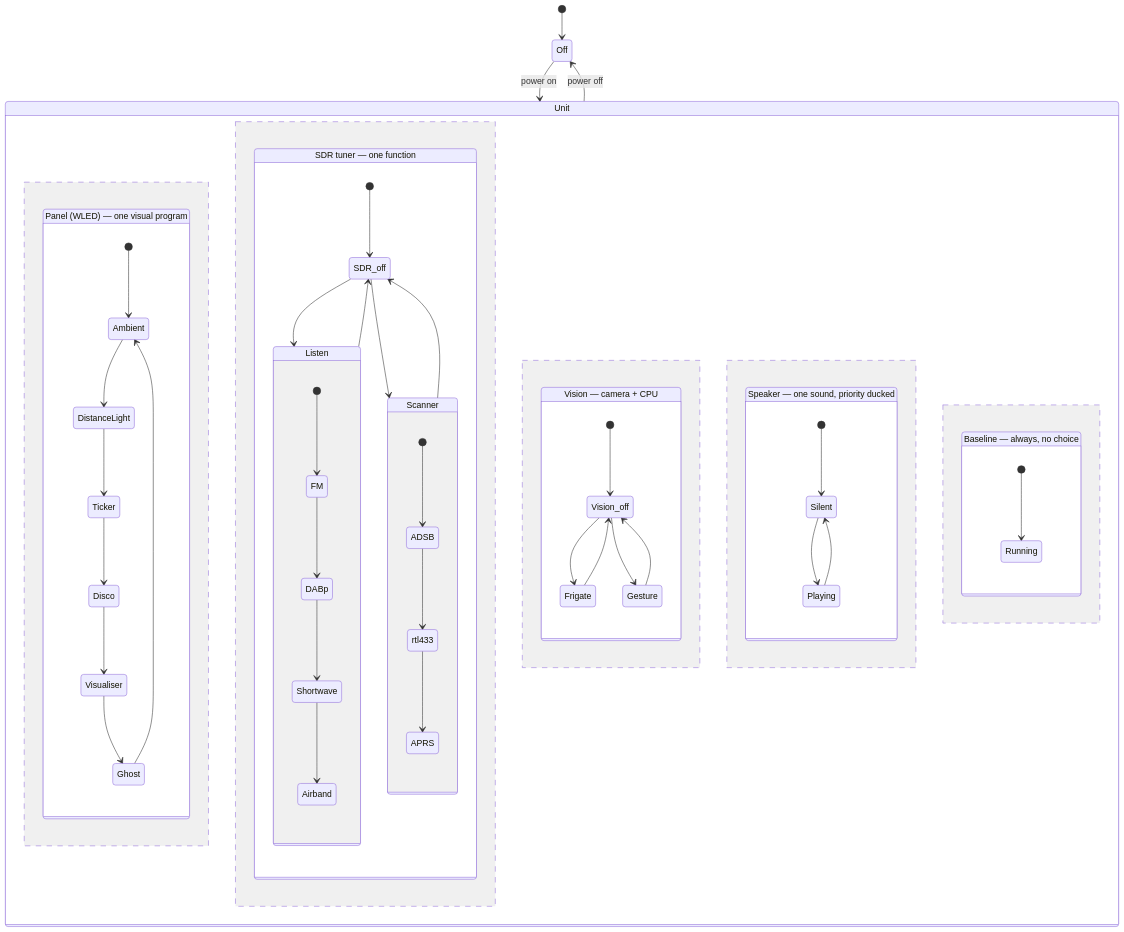
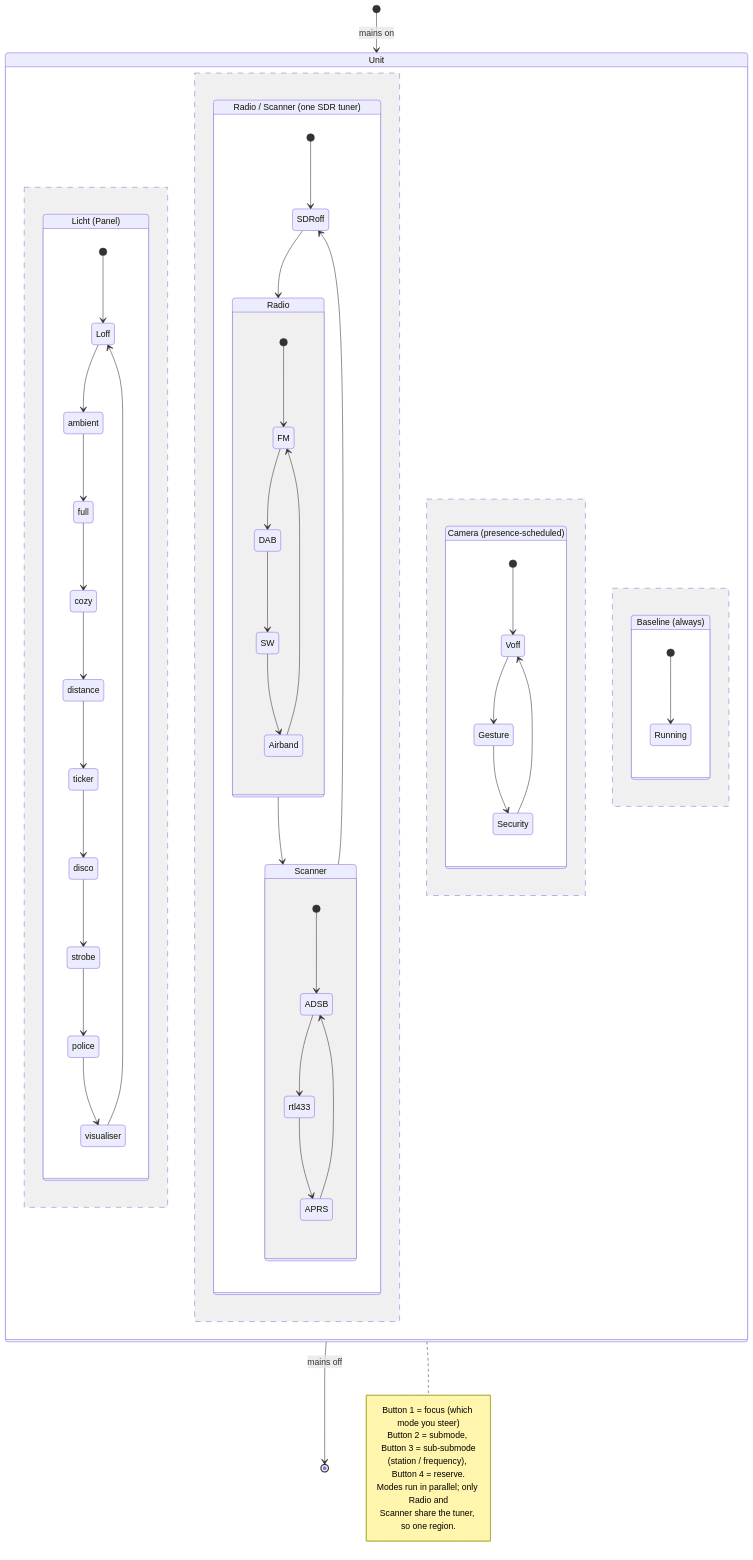
One commit to hgn/balkon-borg changed the diagram in src/architecture.md. Above: the diagram before and after it, drawn with Mermaid. The commit also changed other lines of this file, not shown here.

Commit message:
src: redraw the mode state diagram in mode vocabulary
The parallel-region state diagram now reads in the user-facing mode
names (Licht / Radio / Scanner / Camera) instead of the resource/axis
names, each region starting at an explicit off. Radio and Scanner are
drawn as two branches of one SDR region, which shows the tuner
displacement natively (one region, one active state). A note maps the
buttons to the three levels. Validated as mermaid.

Claude-Session: https://claude.ai/code/session_01XWmJGjv3ckuxiswiVajFnD

````diff
--- a/src/architecture.md
+++ b/src/architecture.md
@@ -116,54 +120,58 @@
 ```mermaid
 stateDiagram-v2
-  [*] --> Off
-  Off --> Unit : power on
-  Unit --> Off : power off
+  [*] --> Unit : mains on
+  Unit --> [*] : mains off
   state Unit {
-    state "Panel (WLED) — one visual program" as Panel {
-      [*] --> Ambient
-      Ambient --> DistanceLight
-      DistanceLight --> Ticker
-      Ticker --> Disco
-      Disco --> Visualiser
-      Visualiser --> Ghost
-      Ghost --> Ambient
+    state "Licht (Panel)" as Licht {
+      [*] --> Loff
+      Loff --> ambient
+      ambient --> full
+      full --> cozy
+      cozy --> distance
+      distance --> ticker
+      ticker --> disco
+      disco --> strobe
+      strobe --> police
+      police --> visualiser
+      visualiser --> Loff
     }
     --
-    state "SDR tuner — one function" as SDR {
-      [*] --> SDR_off
-      SDR_off --> Listen
-      SDR_off --> Scanner
-      Listen --> SDR_off
-      Scanner --> SDR_off
-      state Listen {
+    state "Radio / Scanner (one SDR tuner)" as SDR {
+      [*] --> SDRoff
+      SDRoff --> Radio
+      Radio --> Scanner
+      Scanner --> SDRoff
+      state Radio {
         [*] --> FM
-        FM --> DABp
-        DABp --> Shortwave
-        Shortwave --> Airband
+        FM --> DAB
+        DAB --> SW
+        SW --> Airband
+        Airband --> FM
       }
       state Scanner {
         [*] --> ADSB
         ADSB --> rtl433
         rtl433 --> APRS
+        APRS --> ADSB
       }
     }
     --
-    state "Vision — camera + CPU" as Vision {
-      [*] --> Vision_off
-      Vision_off --> Frigate
-      Vision_off --> Gesture
-      Frigate --> Vision_off
-      Gesture --> Vision_off
+    state "Camera (presence-scheduled)" as Vision {
+      [*] --> Voff
+      Voff --> Gesture
+      Gesture --> Security
+      Security --> Voff
     }
     --
-    state "Speaker — one sound, priority ducked" as Speaker {
-      [*] --> Silent
-      Silent --> Playing
-      Playing --> Silent
-    }
-    --
-    state "Baseline — always, no choice" as Base {
+    state "Baseline (always)" as Base {
       [*] --> Running
     }
   }
+  note right of Unit
+    Button 1 = focus (which mode you steer)
+    Button 2 = submode, Button 3 = sub-submode
+    (station / frequency), Button 4 = reserve.
+    Modes run in parallel; only Radio and
+    Scanner share the tuner, so one region.
+  end note
 ```
````
